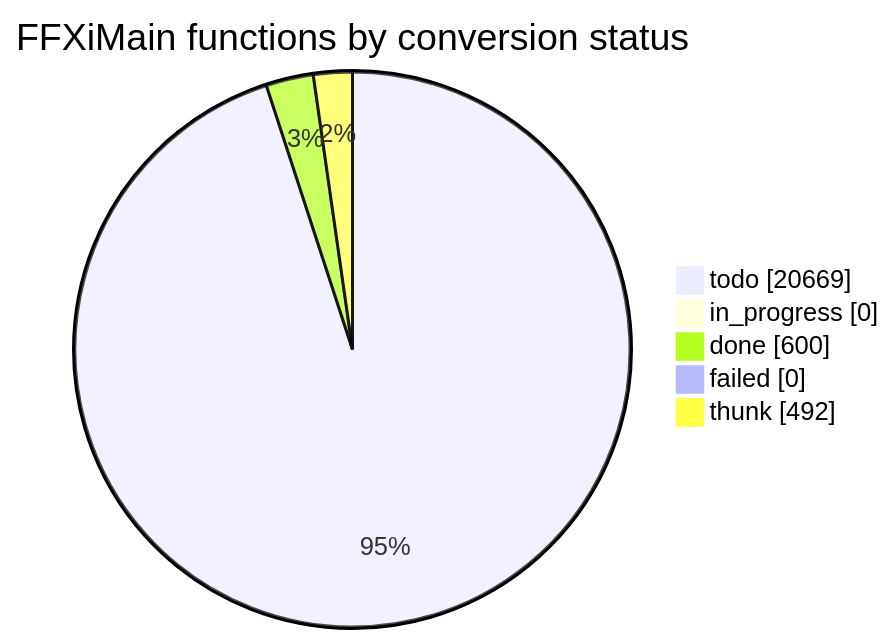
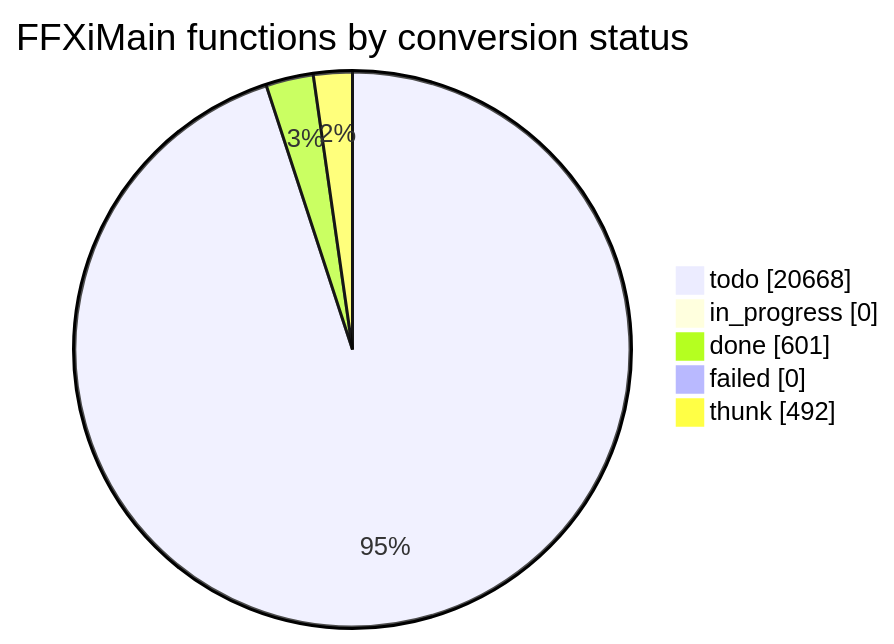
One commit to cowrevenge/cow_kuluu_xi_anything changed the diagram in docs/cow/STATUS.md. Above: the diagram before and after it, drawn with Mermaid. The commit also changed other lines of this file and 9 other files, not shown here.

````diff
--- a/docs/cow/STATUS.md
+++ b/docs/cow/STATUS.md
@@ -18,9 +18,9 @@
 ```mermaid
 pie showData
     title FFXiMain functions by conversion status
-    "todo" : 20669
+    "todo" : 20668
     "in_progress" : 0
-    "done" : 600
+    "done" : 601
     "failed" : 0
     "thunk" : 492
 ```
````
